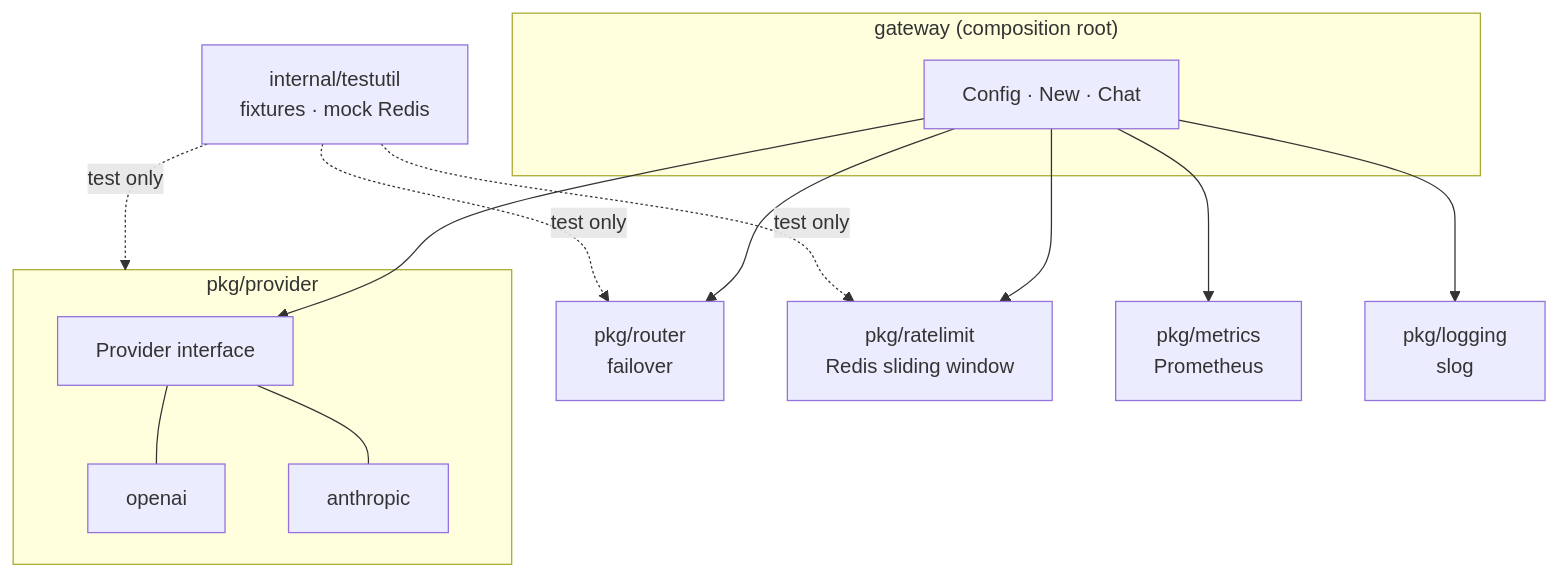
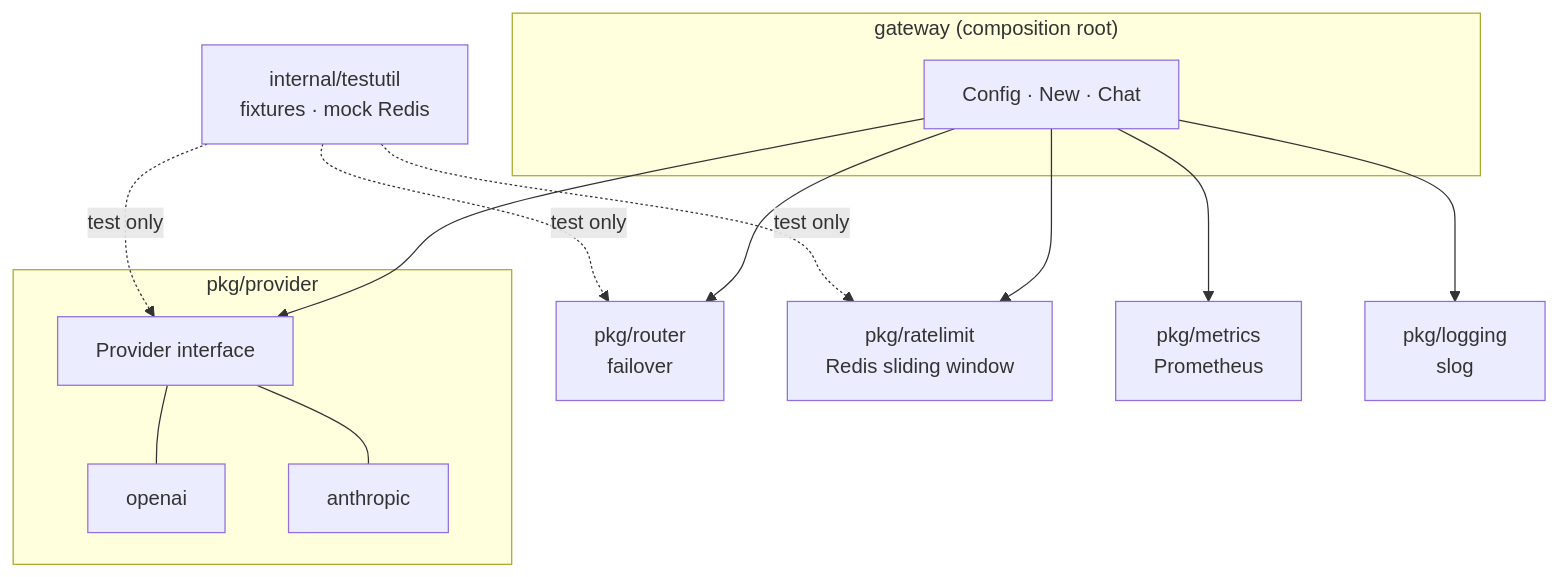
One commit to thedev-junyoung/thedev-junyoung-go-llm-gateway changed the first of 2 diagrams in docs/design/architecture.md. Above: the diagram before and after it, drawn with Mermaid. The commit also changed other lines of this file, not shown here.

First line of the commit message:
fix(architecture): respect module boundaries in Chat() sequence

````diff
--- a/docs/design/architecture.md
+++ b/docs/design/architecture.md
@@ -9,30 +9,30 @@
 ```mermaid
 flowchart TB
     subgraph Top["gateway (composition root)"]
         GW["Config · New · Chat"]
     end
 
     subgraph Provider["pkg/provider"]
         IF["Provider interface"]
         OAI["openai"]
         ANT["anthropic"]
         IF --- OAI
         IF --- ANT
     end
 
     RT["pkg/router<br/>failover"]
     RL["pkg/ratelimit<br/>Redis sliding window"]
     MT["pkg/metrics<br/>Prometheus"]
     LG["pkg/logging<br/>slog"]
     TU["internal/testutil<br/>fixtures · mock Redis"]
 
     GW --> IF
     GW --> RT
     GW --> RL
     GW --> MT
     GW --> LG
 
-    TU -. test only .-> Provider
+    TU -. test only .-> IF
     TU -. test only .-> RT
     TU -. test only .-> RL
 ```
````
